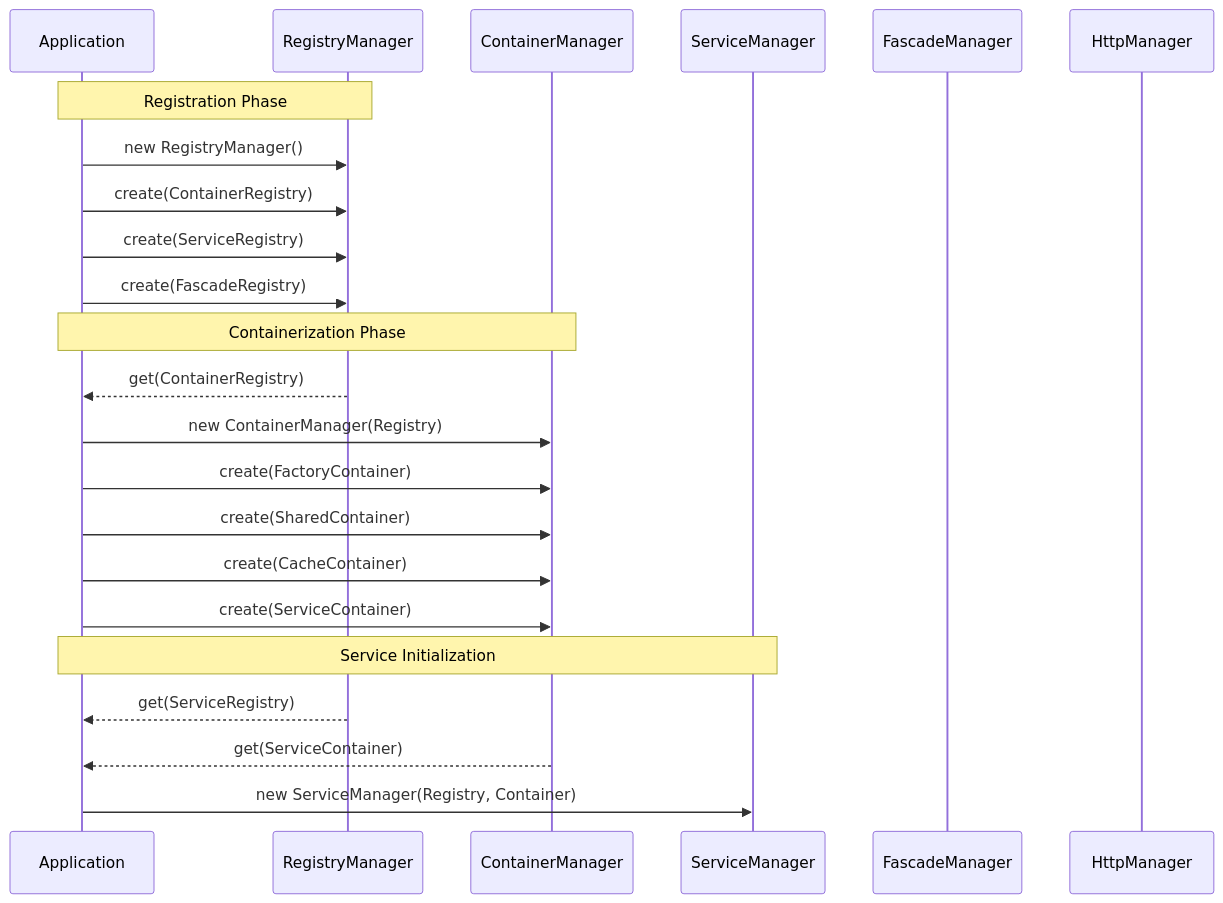
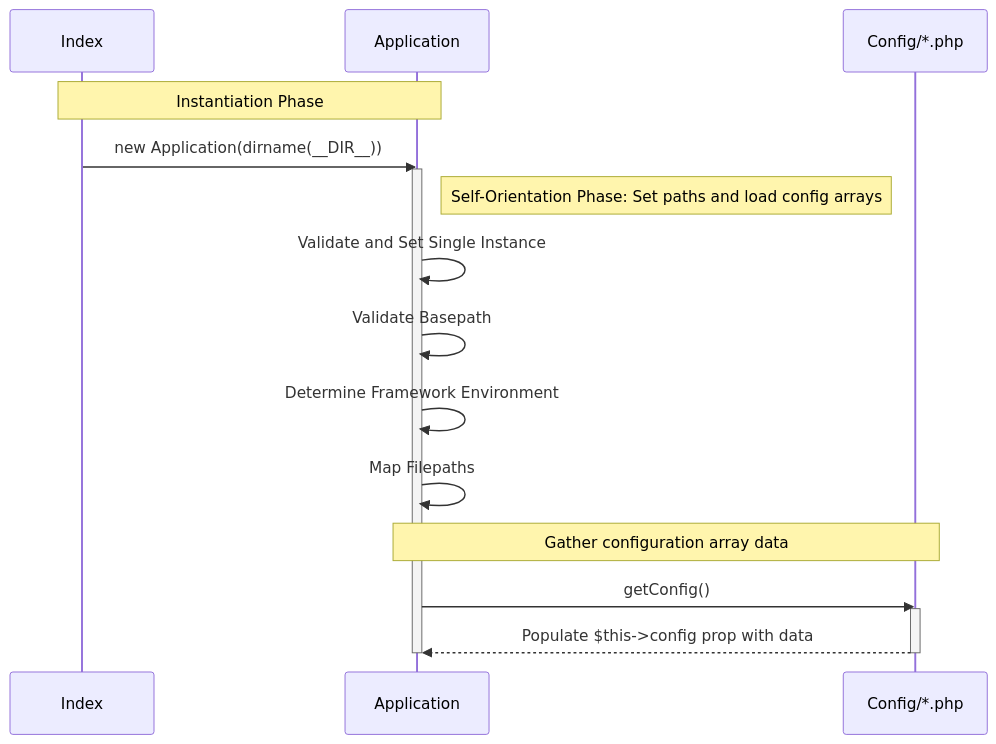
The sixth of 7 diagrams in docs/features/feature-application.md (mnaatjes/sandbox-php), drawn with Mermaid before and after one commit. The commit also changed other lines of this file and 2 other files, not shown here.

Commit message:
diagrams

````diff
--- a/docs/features/feature-application.md
+++ b/docs/features/feature-application.md
@@ -510,32 +565,31 @@
 ```mermaid
 sequenceDiagram
-    participant Application
-    participant RegistryManager
-    participant ContainerManager
-    participant ServiceManager
-    participant FascadeManager
-    participant HttpManager
+    
+    participant Index
+    participant App as Application
+    participant Config as Config/*.php
 
-    %% --- Phase 1: Registration ---
-    Note over Application, RegistryManager: Registration Phase
-    Application->>RegistryManager: new RegistryManager()
-    Application->>RegistryManager: create(ContainerRegistry)
-    Application->>RegistryManager: create(ServiceRegistry)
-    Application->>RegistryManager: create(FascadeRegistry)
+    %% --- Phase 1: Instantiation ---
+    Note over Index, App: Instantiation Phase
+    Index->>App: new Application(dirname(__DIR__))
 
-    %% --- Phase 2: Containerization ---
-    Note over Application, ContainerManager: Containerization Phase
-    RegistryManager-->>Application: get(ContainerRegistry)
-    Application->>ContainerManager: new ContainerManager(Registry)
-    Application->>ContainerManager: create(FactoryContainer)
-    Application->>ContainerManager: create(SharedContainer)
-    Application->>ContainerManager: create(CacheContainer)
-    Application->>ContainerManager: create(ServiceContainer)
+    activate App
+    
+    %% --- Phase 1: Self-Orientation ---
+    Note right of App: Self-Orientation Phase: Set paths and load config arrays
+    App->>App: Validate and Set Single Instance
+    App->>App: Validate Basepath
+    App->>App: Determine Framework Environment
+    App->>App: Map Filepaths
 
-    %% --- Phase 3: Start Services ---
-    Note over Application, ServiceManager: Service Initialization
-    RegistryManager-->>Application: get(ServiceRegistry)
-    ContainerManager-->>Application: get(ServiceContainer)
-    Application->>ServiceManager: new ServiceManager(Registry, Container)
+    %% --- Phase 2: Self-Orientation ---
+    Note over App, Config: Gather configuration array data
+    App->>Config: getConfig()
+    activate Config
+    Config-->>App: Populate $this->config prop with data
+    deactivate Config
+    deactivate App
+
+    
 
 ```
````
